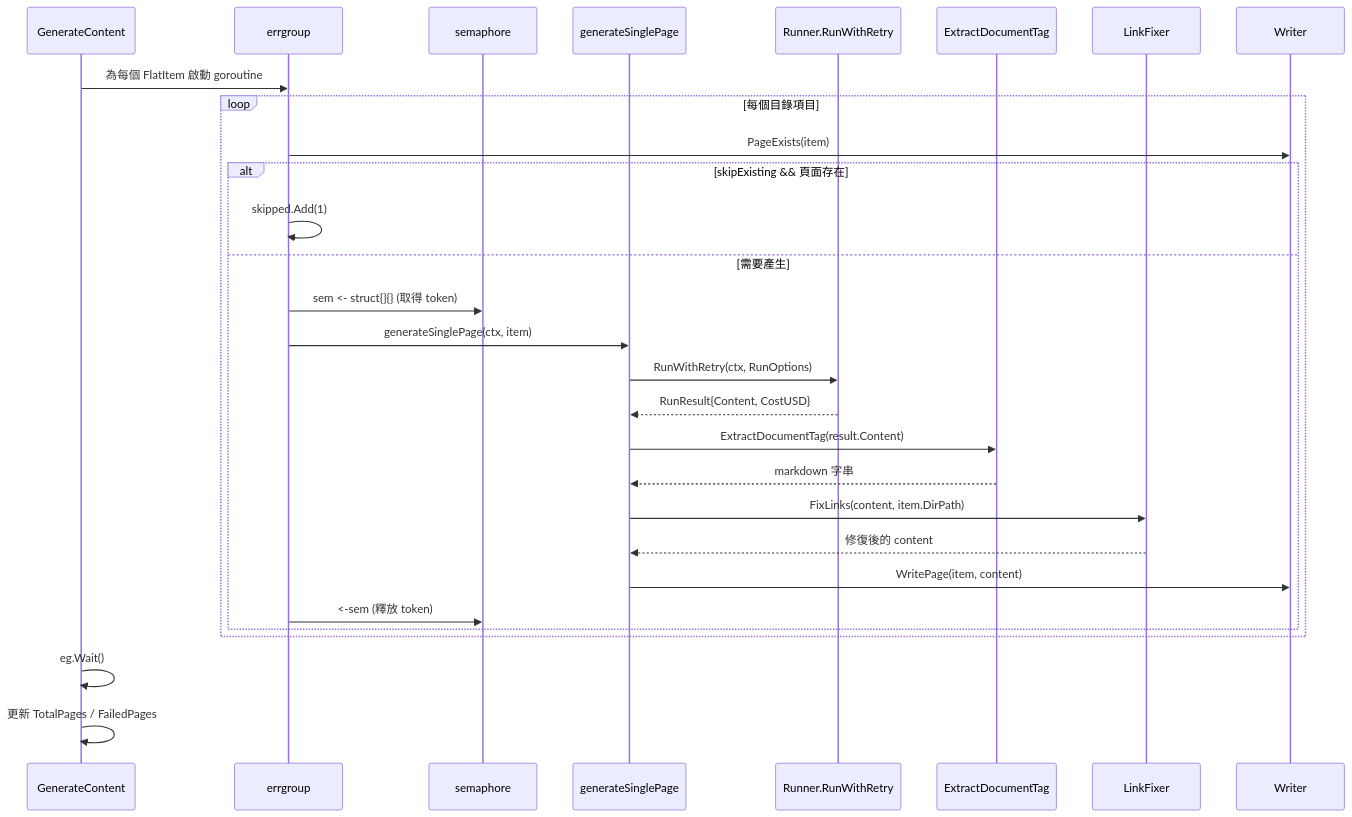
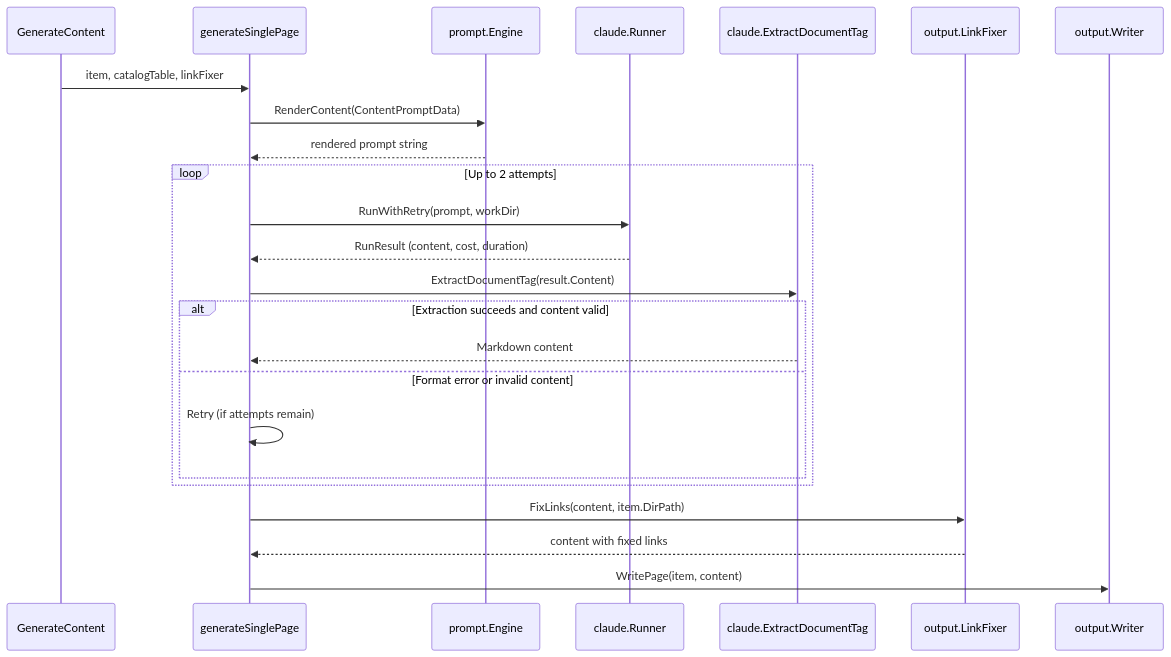
The second of 2 diagrams in docs/core-modules/generator/content-phase/index.md (monkenWu/selfmd-claude-code), drawn with Mermaid before and after one commit. The commit also changed other lines of this file and 145 other files, not shown here.

````diff
--- a/docs/core-modules/generator/content-phase/index.md
+++ b/docs/core-modules/generator/content-phase/index.md
@@ -96,32 +172,29 @@
 ```mermaid
 sequenceDiagram
     participant GC as GenerateContent
-    participant EG as errgroup
-    participant SEM as semaphore
     participant GSP as generateSinglePage
-    participant CR as Runner.RunWithRetry
-    participant EDT as ExtractDocumentTag
-    participant LF as LinkFixer
-    participant W as Writer
+    participant PE as prompt.Engine
+    participant CR as claude.Runner
+    participant CP as claude.ExtractDocumentTag
+    participant LF as output.LinkFixer
+    participant OW as output.Writer
 
-    GC->>EG: 為每個 FlatItem 啟動 goroutine
-    loop 每個目錄項目
-        EG->>W: PageExists(item)
-        alt skipExisting && 頁面存在
-            EG->>EG: skipped.Add(1)
-        else 需要產生
-            EG->>SEM: sem <- struct{}{} (取得 token)
-            EG->>GSP: generateSinglePage(ctx, item)
-            GSP->>CR: RunWithRetry(ctx, RunOptions)
-            CR-->>GSP: RunResult{Content, CostUSD}
-            GSP->>EDT: ExtractDocumentTag(result.Content)
-            EDT-->>GSP: markdown 字串
-            GSP->>LF: FixLinks(content, item.DirPath)
-            LF-->>GSP: 修復後的 content
-            GSP->>W: WritePage(item, content)
-            EG->>SEM: <-sem (釋放 token)
+    GC->>GSP: item, catalogTable, linkFixer
+    GSP->>PE: RenderContent(ContentPromptData)
+    PE-->>GSP: rendered prompt string
+
+    loop Up to 2 attempts
+        GSP->>CR: RunWithRetry(prompt, workDir)
+        CR-->>GSP: RunResult (content, cost, duration)
+        GSP->>CP: ExtractDocumentTag(result.Content)
+        alt Extraction succeeds and content valid
+            CP-->>GSP: Markdown content
+        else Format error or invalid content
+            GSP->>GSP: Retry (if attempts remain)
         end
     end
-    GC->>GC: eg.Wait()
-    GC->>GC: 更新 TotalPages / FailedPages
+
+    GSP->>LF: FixLinks(content, item.DirPath)
+    LF-->>GSP: content with fixed links
+    GSP->>OW: WritePage(item, content)
 ```
````
